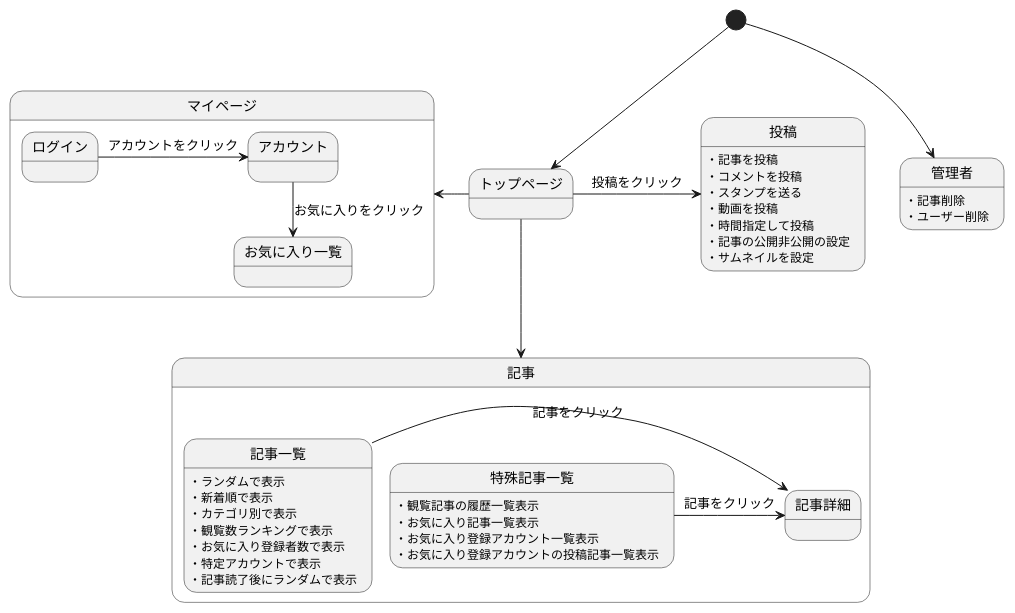
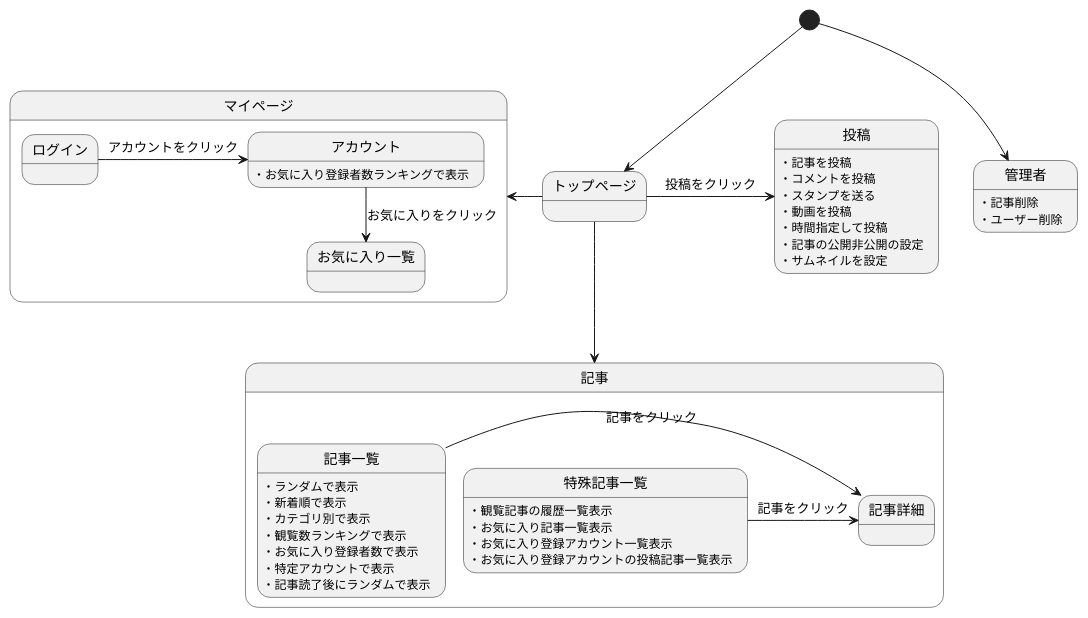
The diagram in 後期画面遷移.md (Aso2001001/2022System), drawn with PlantUML before and after one commit.

````diff
--- a/後期画面遷移.md
+++ b/後期画面遷移.md
@@ -1,47 +1,51 @@
 ```uml
 @startuml
 [*] --> トップページ
 
 state 記事{
 記事一覧 -> 記事詳細 : 記事をクリック
 特殊記事一覧 -> 記事詳細 : 記事をクリック
 
 記事一覧:・ランダムで表示
 記事一覧:・新着順で表示
 記事一覧:・カテゴリ別で表示
 記事一覧:・観覧数ランキングで表示
 記事一覧:・お気に入り登録者数で表示
 記事一覧:・特定アカウントで表示
 記事一覧:・記事読了後にランダムで表示
 
 特殊記事一覧:・観覧記事の履歴一覧表示
 特殊記事一覧:・お気に入り記事一覧表示
 特殊記事一覧:・お気に入り登録アカウント一覧表示
 特殊記事一覧:・お気に入り登録アカウントの投稿記事一覧表示
 }
 
 state マイページ{
 ログイン -> アカウント : アカウントをクリック
 アカウント -down-> お気に入り一覧 : お気に入りをクリック
+
+アカウント:・お気に入り登録者数ランキングで表示
+
 }
+
 
 トップページ -down-> 記事
 トップページ -left-> マイページ
 トップページ -> 投稿 : 投稿をクリック
 投稿:・記事を投稿
 投稿:・コメントを投稿
 投稿:・スタンプを送る
 投稿:・動画を投稿
 投稿:・時間指定して投稿
 投稿:・記事の公開非公開の設定
 投稿:・サムネイルを設定
 
 
 
 [*] --> 管理者
 管理者:・記事削除
 管理者:・ユーザー削除
 
 
 @enduml
 ```
````
